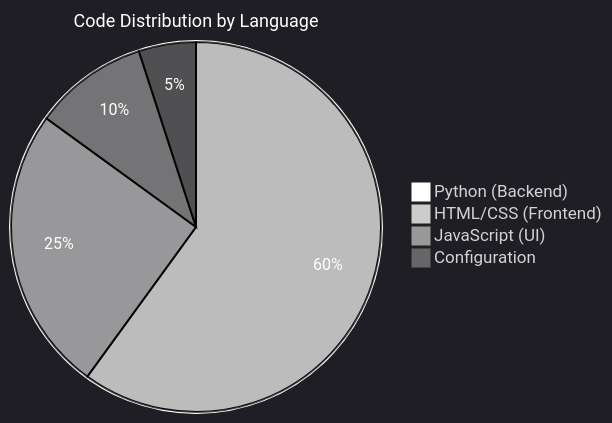
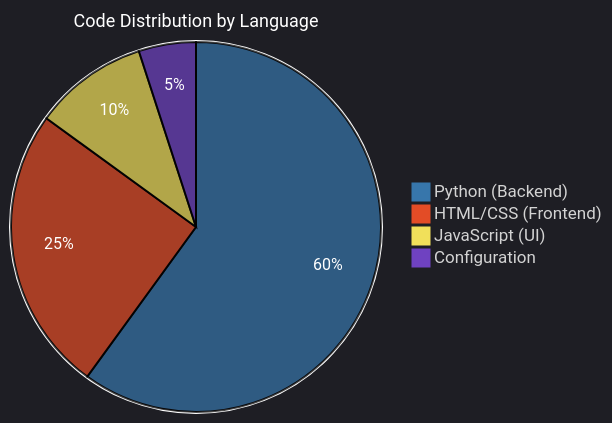
One commit to Ping-2o/daryn changed the ninth of 13 diagrams in README.md. Above: the diagram before and after it, drawn with Mermaid. The commit also changed other lines of this file and 4 other files, not shown here.

````diff
--- a/README.md
+++ b/README.md
@@ -510,8 +582,9 @@
 ```mermaid
 %%{init: {'theme':'dark', 'themeVariables': {'pie1':'#ffffff', 'pie2':'#cccccc', 'pie3':'#999999', 'pie4':'#666666', 'pieTitleTextSize':'18px', 'pieTitleTextColor':'#ffffff', 'pieSectionTextSize':'16px', 'pieSectionTextColor':'#ffffff', 'pieOuterStrokeWidth':'2px', 'pieOuterStrokeColor':'#ffffff'}}}%%
+%%{init: {'theme':'dark', 'themeVariables': {'pie1':'#3776ab', 'pie2':'#e34c26', 'pie3':'#f1e05a', 'pie4':'#6f42c1', 'pieTitleTextSize':'18px', 'pieTitleTextColor':'#ffffff', 'pieSectionTextSize':'16px', 'pieSectionTextColor':'#ffffff', 'pieOuterStrokeWidth':'2px', 'pieOuterStrokeColor':'#ffffff'}}}%%
 pie title Code Distribution by Language
     "Python (Backend)" : 60
     "HTML/CSS (Frontend)" : 25
     "JavaScript (UI)" : 10
     "Configuration" : 5
 ```
````
